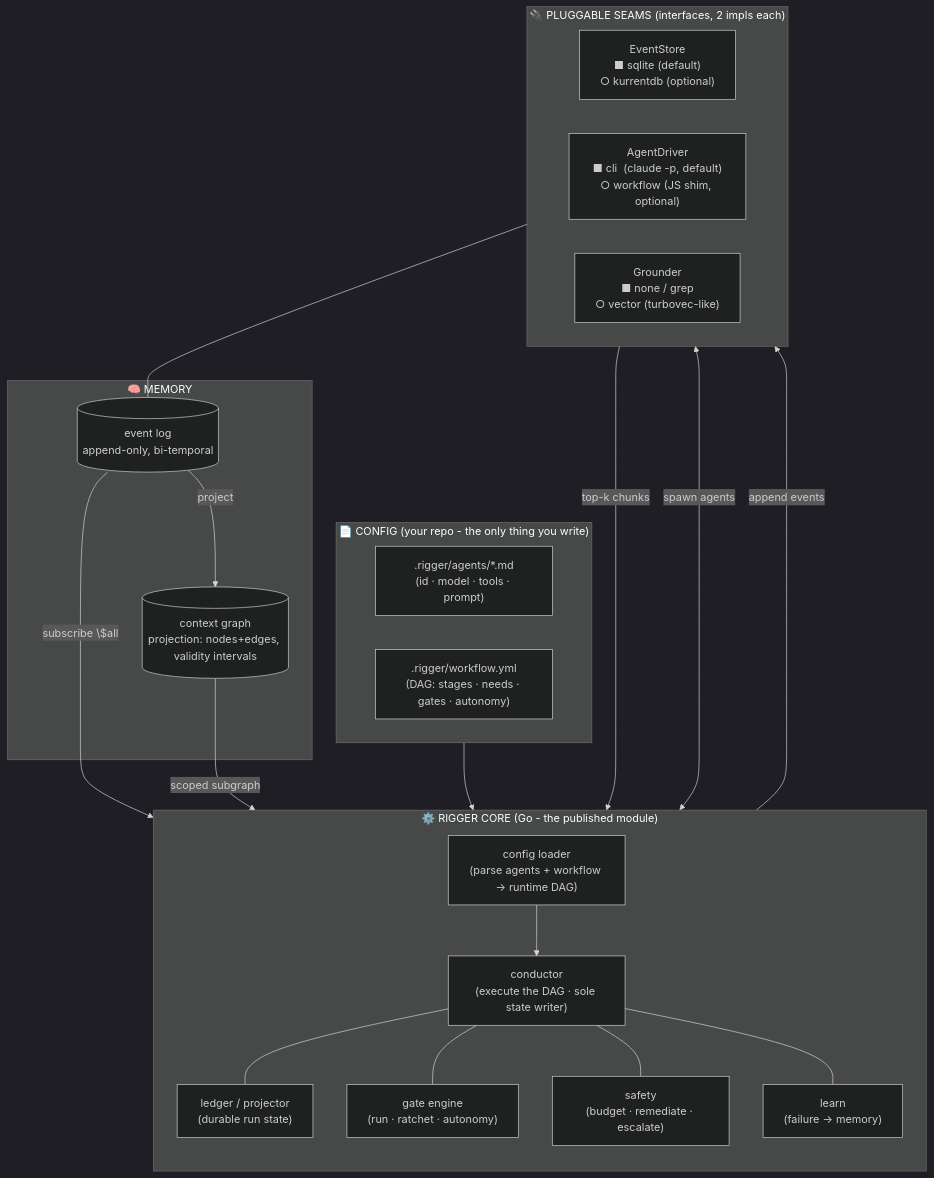
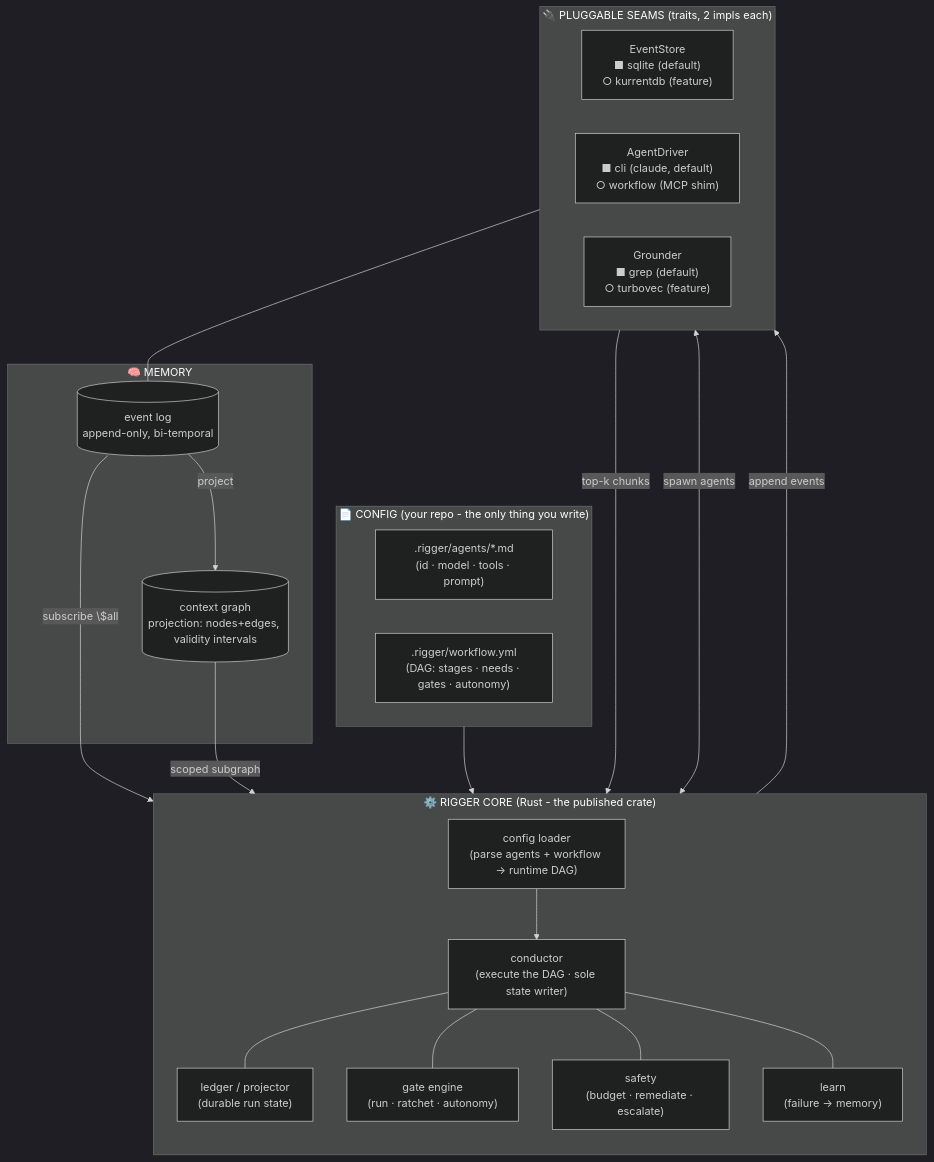
Before and after one commit to virtual-velocitation/rigger: the first of 3 diagrams in docs/architecture.md, drawn with Mermaid (dark theme). The commit also changed other lines of this file and 1 other file, not shown here.

Commit message:
docs: sweep architecture + event-store plan from Go to Rust (traits, cargo, crate layout, the now-built features); reconcile to the leaner Event + global-position model

````diff
--- a/docs/architecture.md
+++ b/docs/architecture.md
@@ -93,40 +94,40 @@
 ```mermaid
 flowchart TB
   subgraph CFG["📄 CONFIG (your repo - the only thing you write)"]
     AG[".rigger/agents/*.md<br/>(id · model · tools · prompt)"]
     WF[".rigger/workflow.yml<br/>(DAG: stages · needs · gates · autonomy)"]
   end
 
-  subgraph CORE["⚙️ RIGGER CORE (Go - the published module)"]
+  subgraph CORE["⚙️ RIGGER CORE (Rust - the published crate)"]
     direction TB
     LOADER["config loader<br/>(parse agents + workflow → runtime DAG)"]
     COND["conductor<br/>(execute the DAG · sole state writer)"]
     LEDGER["ledger / projector<br/>(durable run state)"]
     GATES["gate engine<br/>(run · ratchet · autonomy)"]
     SAFE["safety<br/>(budget · remediate · escalate)"]
     LEARN["learn<br/>(failure → memory)"]
     COND --- LEDGER & GATES & SAFE & LEARN
     LOADER --> COND
   end
 
-  subgraph SEAMS["🔌 PLUGGABLE SEAMS (interfaces, 2 impls each)"]
+  subgraph SEAMS["🔌 PLUGGABLE SEAMS (traits, 2 impls each)"]
     direction LR
-    ES["EventStore<br/>■ sqlite (default)<br/>○ kurrentdb (optional)"]
-    DR["AgentDriver<br/>■ cli  (claude -p, default)<br/>○ workflow (JS shim, optional)"]
-    GR["Grounder<br/>■ none / grep<br/>○ vector (turbovec-like)"]
+    ES["EventStore<br/>■ sqlite (default)<br/>○ kurrentdb (feature)"]
+    DR["AgentDriver<br/>■ cli  (claude, default)<br/>○ workflow (MCP shim)"]
+    GR["Grounder<br/>■ grep (default)<br/>○ turbovec (feature)"]
   end
 
   subgraph MEM["🧠 MEMORY"]
     LOG[("event log<br/>append-only, bi-temporal")]
     CG[("context graph<br/>projection: nodes+edges, validity intervals")]
     LOG -->|project| CG
   end
 
   CFG --> LOADER
   COND <-->|spawn agents| DR
   COND -->|append events| ES
   ES --- LOG
   LOG -->|subscribe \$all| COND
   CG -->|scoped subgraph| COND
   GR -->|top-k chunks| COND
 ```
````
